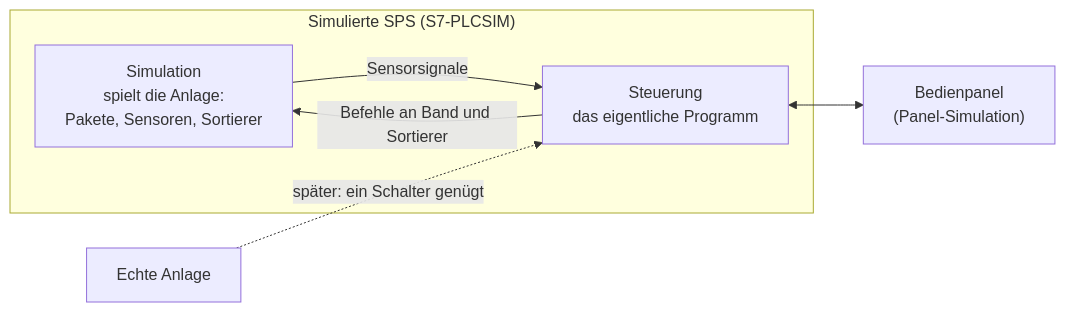
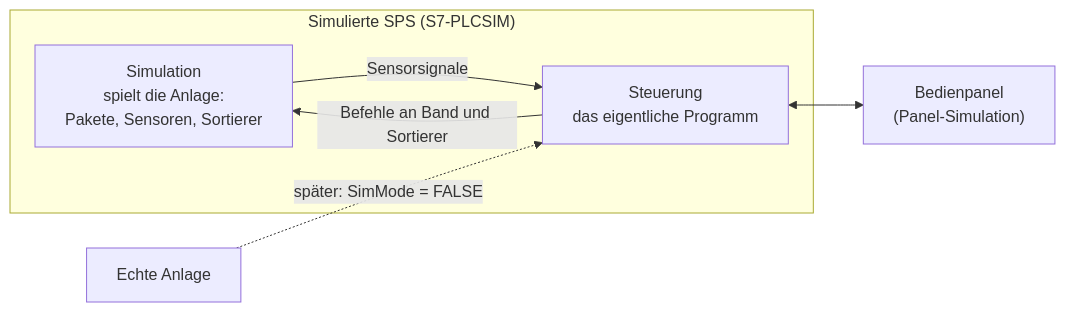
One commit to eufunk/plc-sorting-line-simulation changed the second of 5 diagrams in docs/Einfuehrung.md. Above: the diagram before and after it, drawn with Mermaid. The commit also changed other lines of this file, not shown here.

Commit message:
Einführung: Umschalter SimMode konkret beschrieben, Bedienpanel-Text an den Ausbaustand angepasst

````diff
--- a/docs/Einfuehrung.md
+++ b/docs/Einfuehrung.md
@@ -66,9 +66,9 @@
 ```mermaid
 flowchart LR
     subgraph CPU["Simulierte SPS (S7-PLCSIM)"]
         SIM["Simulation<br/>spielt die Anlage:<br/>Pakete, Sensoren, Sortierer"] -->|"Sensorsignale"| CTRL["Steuerung<br/>das eigentliche Programm"]
         CTRL -->|"Befehle an Band und Sortierer"| SIM
     end
     CTRL <--> HMI["Bedienpanel<br/>(Panel-Simulation)"]
-    REAL["Echte Anlage"] -.->|"später: ein Schalter genügt"| CTRL
+    REAL["Echte Anlage"] -.->|"später: SimMode = FALSE"| CTRL
 ```
````
